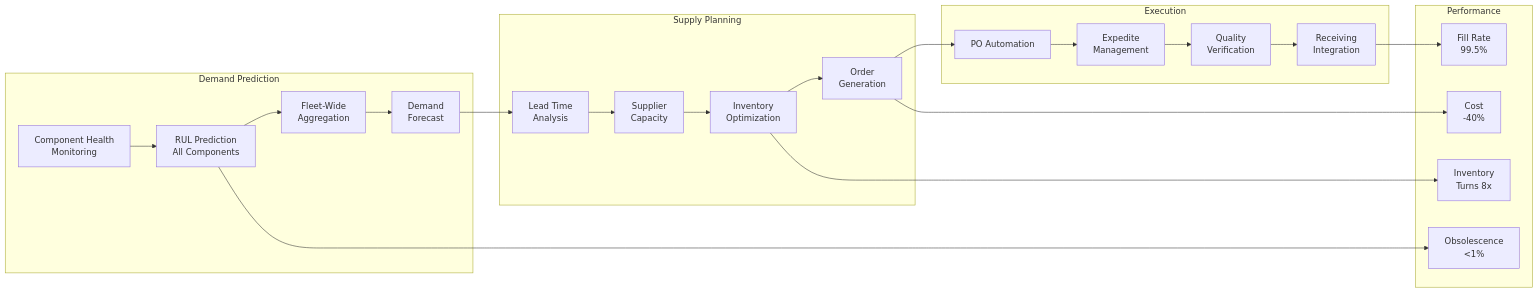
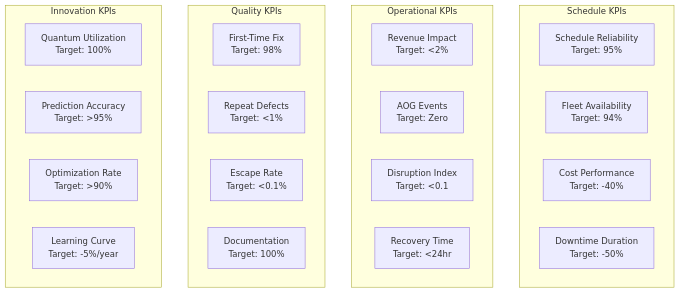
One commit to Robbbo-T/GAIA-QAO-ADVENT changed the sixth of 7 diagrams in Q-AIR/fleet/AMPEL360/BWBQ100/docs/ATA-chapters/ATA-05-TimeLimits/ 05-10-00-00-TimeLimits/05-10-10-00-LifeLimits/05-10-20-00-ServiceLife/ schedules/05-10-20-01-01-OverhaulSchedule.md. Above: the diagram before and after it, drawn with Mermaid. The commit also changed other lines of this file, not shown here.

````diff
--- a/Q-AIR/fleet/AMPEL360/BWBQ100/docs/ATA-chapters/ATA-05-TimeLimits/ 05-10-00-00-TimeLimits/05-10-10-00-LifeLimits/05-10-20-00-ServiceLife/ schedules/05-10-20-01-01-OverhaulSchedule.md
+++ b/Q-AIR/fleet/AMPEL360/BWBQ100/docs/ATA-chapters/ATA-05-TimeLimits/ 05-10-00-00-TimeLimits/05-10-10-00-LifeLimits/05-10-20-00-ServiceLife/ schedules/05-10-20-01-01-OverhaulSchedule.md
@@ -765,39 +802,30 @@
 ```mermaid
-graph LR
-    subgraph "Demand Prediction"
-        DP1[Component Health<br/>Monitoring]
-        DP2[RUL Prediction<br/>All Components]
-        DP3[Fleet-Wide<br/>Aggregation]
-        DP4[Demand<br/>Forecast]
+graph TB
+    subgraph "Schedule KPIs"
+        KPI1[Schedule Reliability<br/>Target: 95%]
+        KPI2[Fleet Availability<br/>Target: 94%]
+        KPI3[Cost Performance<br/>Target: -40%]
+        KPI4[Downtime Duration<br/>Target: -50%]
     end
     
-    subgraph "Supply Planning"
-        SP1[Lead Time<br/>Analysis]
-        SP2[Supplier<br/>Capacity]
-        SP3[Inventory<br/>Optimization]
-        SP4[Order<br/>Generation]
+    subgraph "Operational KPIs"
+        OP1[Revenue Impact<br/>Target: <2%]
+        OP2[AOG Events<br/>Target: Zero]
+        OP3[Disruption Index<br/>Target: <0.1]
+        OP4[Recovery Time<br/>Target: <24hr]
     end
     
-    subgraph "Execution"
-        EX1[PO Automation]
-        EX2[Expedite<br/>Management]
-        EX3[Quality<br/>Verification]
-        EX4[Receiving<br/>Integration]
+    subgraph "Quality KPIs"
+        QK1[First-Time Fix<br/>Target: 98%]
+        QK2[Repeat Defects<br/>Target: <1%]
+        QK3[Escape Rate<br/>Target: <0.1%]
+        QK4[Documentation<br/>Target: 100%]
     end
     
-    subgraph "Performance"
-        PF1[Fill Rate<br/>99.5%]
-        PF2[Inventory<br/>Turns 8x]
-        PF3[Obsolescence<br/><1%]
-        PF4[Cost<br/>-40%]
+    subgraph "Innovation KPIs"
+        IK1[Quantum Utilization<br/>Target: 100%]
+        IK2[Prediction Accuracy<br/>Target: >95%]
+        IK3[Optimization Rate<br/>Target: >90%]
+        IK4[Learning Curve<br/>Target: -5%/year]
     end
-    
-    DP1 --> DP2 --> DP3 --> DP4
-    DP4 --> SP1
-    SP1 --> SP2 --> SP3 --> SP4
-    SP4 --> EX1 --> EX2 --> EX3 --> EX4
-    EX4 --> PF1
-    SP3 --> PF2
-    DP2 --> PF3
-    SP4 --> PF4
 ```
````
